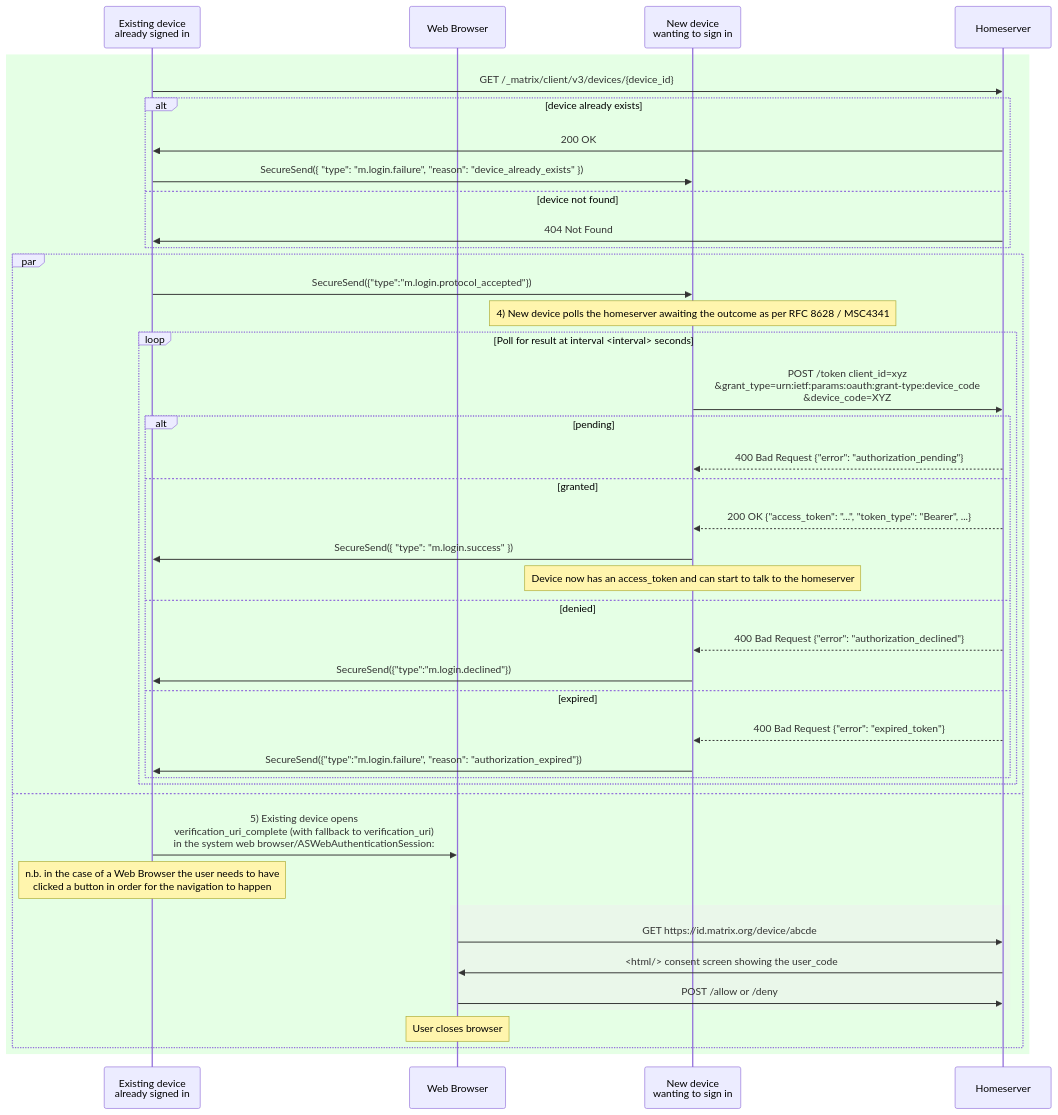
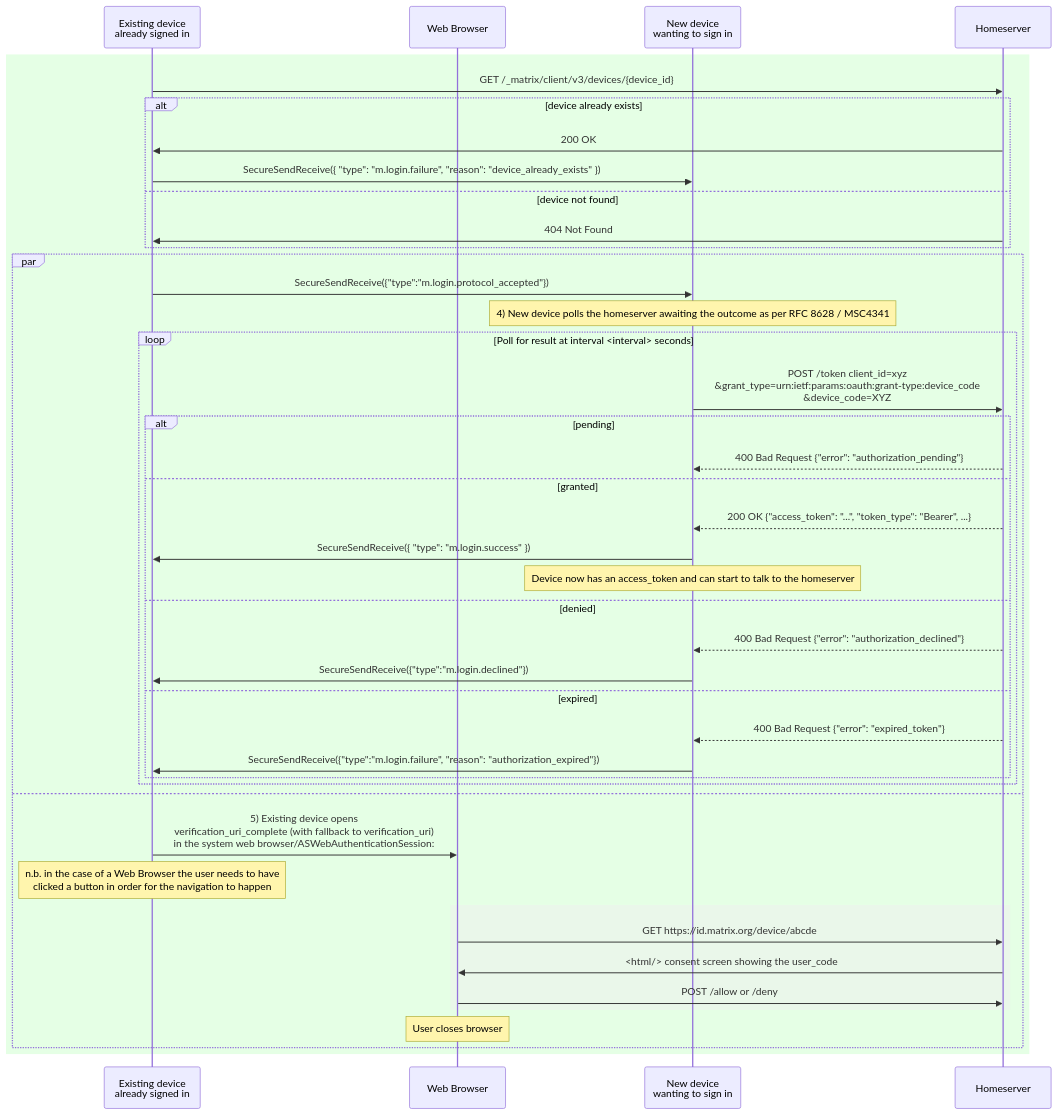
One commit to matrix-org/matrix-spec-proposals changed the fifth of 6 diagrams in proposals/4108-oidc-qr-login.md. Above: the diagram before and after it, drawn with Mermaid. The commit also changed other lines of this file, not shown here.

````diff
--- a/proposals/4108-oidc-qr-login.md
+++ b/proposals/4108-oidc-qr-login.md
@@ -1012,47 +1013,47 @@
 ```mermaid
 sequenceDiagram
     participant E as Existing device <br>already signed in
     participant UA as Web Browser
     participant N as New device <br>wanting to sign in
     participant HS as Homeserver
 
     rect rgba(0,255,0, 0.1)
 
         E->>HS: GET /_matrix/client/v3/devices/{device_id}
         alt device already exists
             HS->>E: 200 OK
-            E->>N: SecureSend({ "type": "m.login.failure", "reason": "device_already_exists" })
+            E->>N: SecureSendReceive({ "type": "m.login.failure", "reason": "device_already_exists" })
         else device not found
             HS->>E: 404 Not Found
         end
         par
-            E->>N: SecureSend({"type":"m.login.protocol_accepted"})
+            E->>N: SecureSendReceive({"type":"m.login.protocol_accepted"})
         note over N: 4) New device polls the homeserver awaiting the outcome as per RFC 8628 / MSC4341
             loop Poll for result at interval <interval> seconds
                 N->>HS: POST /token client_id=xyz<br>&grant_type=urn:ietf:params:oauth:grant-type:device_code<br>&device_code=XYZ
                 alt pending
                     HS-->>N: 400 Bad Request {"error": "authorization_pending"}
                 else granted
                     HS-->>N: 200 OK {"access_token": "...", "token_type": "Bearer", ...}
-                    N->>E: SecureSend({ "type": "m.login.success" })
+                    N->>E: SecureSendReceive({ "type": "m.login.success" })
                     Note over N: Device now has an access_token and can start to talk to the homeserver
                 else denied
                     HS-->>N: 400 Bad Request {"error": "authorization_declined"}
-                    N->>E: SecureSend({"type":"m.login.declined"})
+                    N->>E: SecureSendReceive({"type":"m.login.declined"})
                 else expired
                     HS-->>N: 400 Bad Request {"error": "expired_token"}
-                    N->>E: SecureSend({"type":"m.login.failure", "reason": "authorization_expired"})
+                    N->>E: SecureSendReceive({"type":"m.login.failure", "reason": "authorization_expired"})
                 end
             end
         and
             E->>UA: 5) Existing device opens <br>verification_uri_complete (with fallback to verification_uri)<br> in the system web browser/ASWebAuthenticationSession:
             Note over E: n.b. in the case of a Web Browser the user needs to have<br> clicked a button in order for the navigation to happen
             rect rgba(240,240,240,0.5)
                 UA->>HS: GET https://id.matrix.org/device/abcde
                 HS->>UA: <html/> consent screen showing the user_code
                 UA->>HS: POST /allow or /deny
             end
             Note over UA: User closes browser
         end
     end
 ```
````
